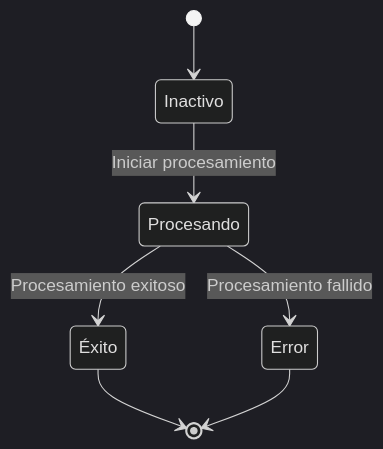
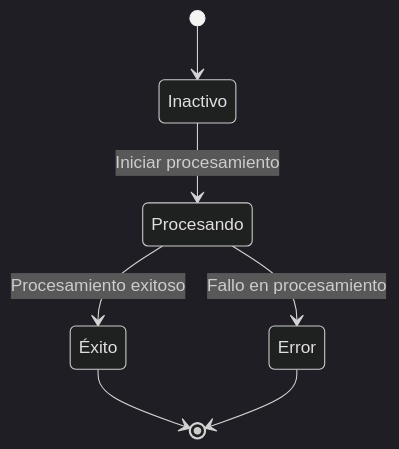
One commit to zccz14/CZON changed the fifth of 7 diagrams in .czon/src/es-MX/8938d6aac9c056c06137a041b8e82379bfb619bb6d435b9ecec515337dd0cd69.md. Above: the diagram before and after it, drawn with Mermaid (dark theme). The commit also changed other lines of this file and 148 other files, not shown here.

````diff
--- a/.czon/src/es-MX/8938d6aac9c056c06137a041b8e82379bfb619bb6d435b9ecec515337dd0cd69.md
+++ b/.czon/src/es-MX/8938d6aac9c056c06137a041b8e82379bfb619bb6d435b9ecec515337dd0cd69.md
@@ -91,9 +90,9 @@
 ```mermaid
 stateDiagram-v2
     [*] --> Inactivo
     Inactivo --> Procesando : Iniciar procesamiento
     Procesando --> Éxito : Procesamiento exitoso
-    Procesando --> Error : Procesamiento fallido
+    Procesando --> Error : Fallo en procesamiento
     Éxito --> [*]
     Error --> [*]
 ```
````
